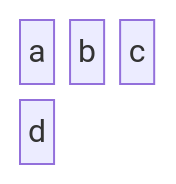
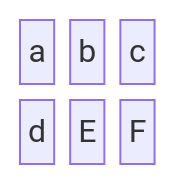
One commit to ssahu200122/Obsidian-vault changed the diagram in Notes/OSSU/Core CS/Core Programming/Systemactic Program design/HtDD.md. Above: the diagram before and after it, drawn with Mermaid.

Commit message:
vault backup: 2025-03-06 21:10:31

````diff
--- a/Notes/OSSU/Core CS/Core Programming/Systemactic Program design/HtDD.md
+++ b/Notes/OSSU/Core CS/Core Programming/Systemactic Program design/HtDD.md
@@ -125,6 +125,6 @@
 ```mermaid
 block-beta
   columns 3
-  a b c d
+  a b c d E F 
 
 ```
````
